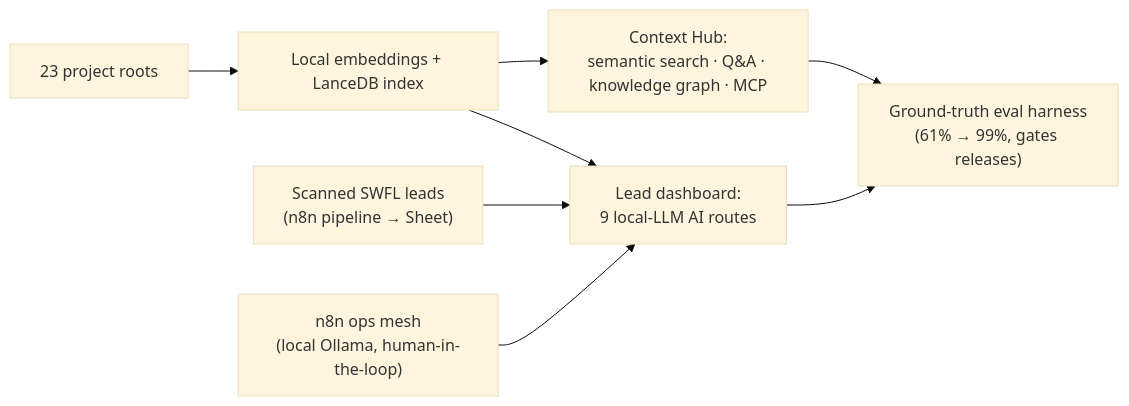
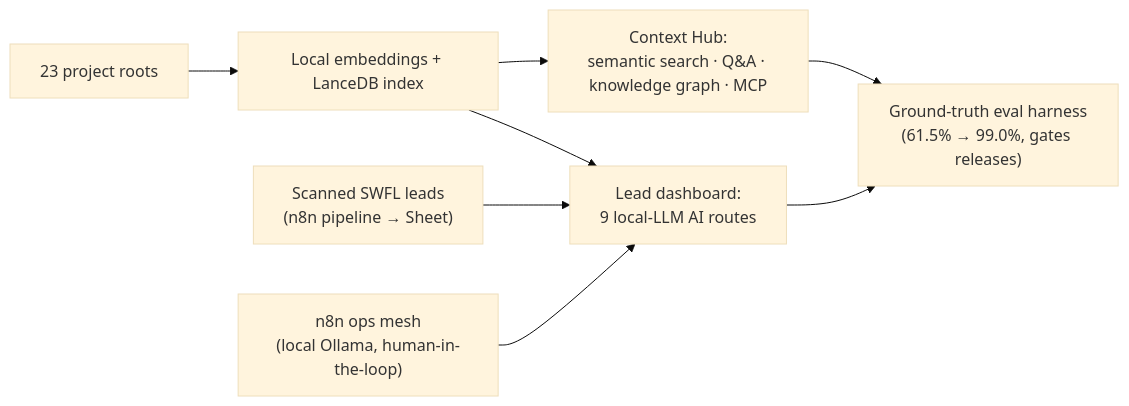
Before and after one commit to SFX-TECH/sfx-lead-intelligence: the diagram in README.md, drawn with Mermaid (base theme). The commit also changed other lines of this file, not shown here.

````diff
--- a/README.md
+++ b/README.md
@@ -43,10 +43,10 @@
 ```mermaid
 flowchart LR
     P["23 project roots"] --> EMB["Local embeddings + LanceDB index"]
     LEADS["Scanned SWFL leads<br/>(n8n pipeline → Sheet)"] --> DASH
     OPS["n8n ops mesh<br/>(local Ollama, human-in-the-loop)"] --> DASH
     EMB --> HUB["Context Hub:<br/>semantic search · Q&A · knowledge graph · MCP"]
     EMB --> DASH["Lead dashboard:<br/>9 local-LLM AI routes"]
-    HUB --> EVAL["Ground-truth eval harness<br/>(61% → 99%, gates releases)"]
+    HUB --> EVAL["Ground-truth eval harness<br/>(61.5% → 99.0%, gates releases)"]
     DASH --> EVAL
 ```
````
